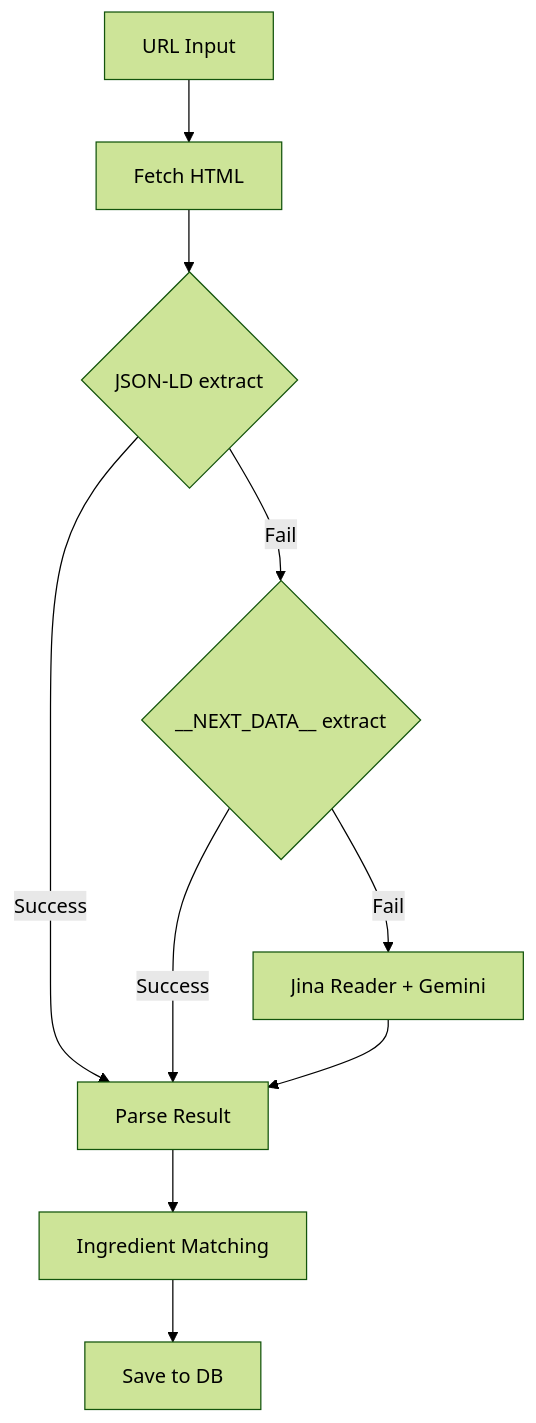
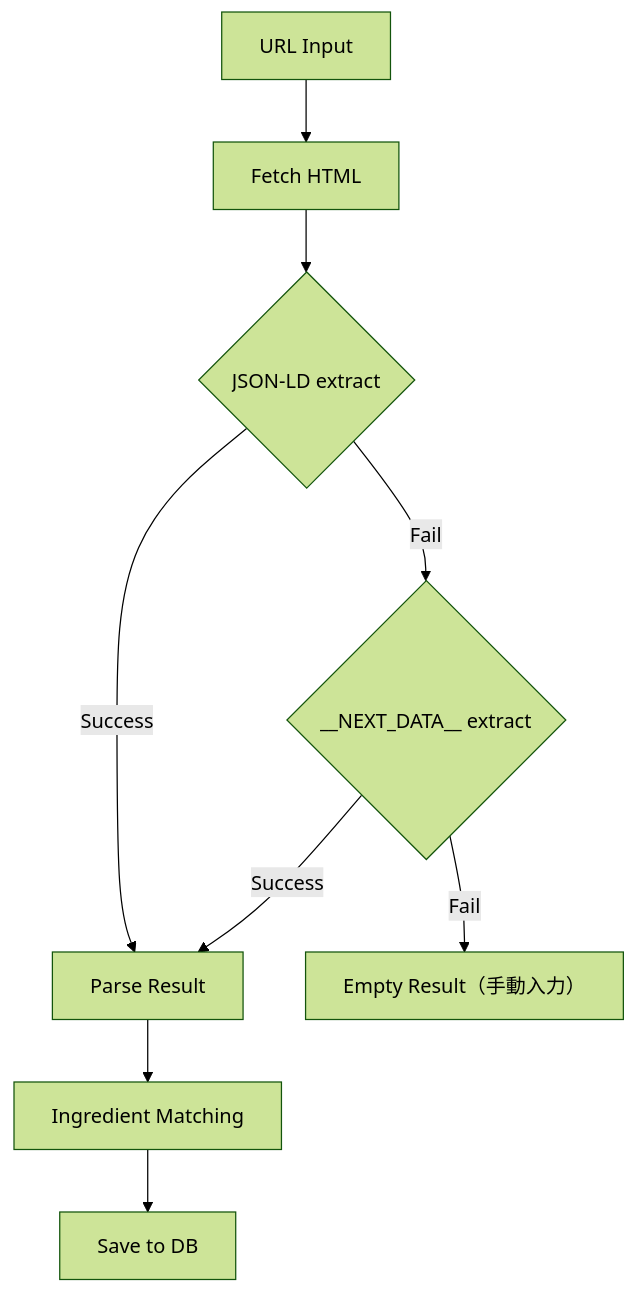
One commit to mktu/recipe-app changed the ninth of 11 diagrams in docs/ARCHITECTURE.md. Above: the diagram before and after it, drawn with Mermaid (forest theme). The commit also changed other lines of this file and 7 other files, not shown here.

First line of the commit message:
fix: Jina Reader + Gemini フォールバックを廃止し法的リスクを解消 (Issue #47)

````diff
--- a/docs/ARCHITECTURE.md
+++ b/docs/ARCHITECTURE.md
@@ -506,16 +502,14 @@
 ```mermaid
 graph TB
     Start["URL Input"] --> Fetch["Fetch HTML"]
 
     Fetch --> Strategy1{"JSON-LD extract"}
     Strategy1 -->|Success| Result["Parse Result"]
     Strategy1 -->|Fail| Strategy2{"__NEXT_DATA__ extract"}
 
     Strategy2 -->|Success| Result
-    Strategy2 -->|Fail| Strategy3["Jina Reader + Gemini"]
-
-    Strategy3 --> Result
+    Strategy2 -->|Fail| Empty["Empty Result（手動入力）"]
 
     Result --> Match["Ingredient Matching"]
     Match --> Save["Save to DB"]
 ```
````
